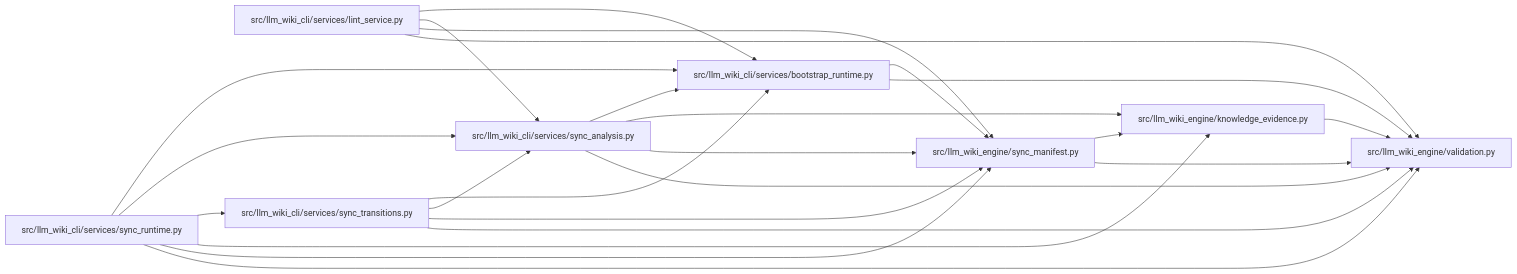
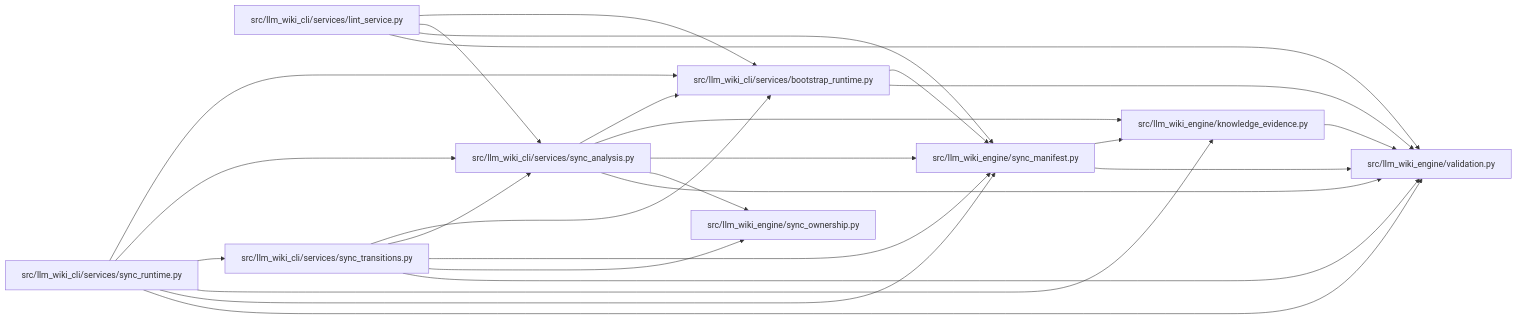
Before and after one commit to Denissvgn/python-wiki-llm: the diagram in docs/llm_wiki/modules/sync_analysis.md, drawn with Mermaid. The commit also changed other lines of this file and 648 other files, not shown here.

Commit message:
docs: refresh the wiki for the engine task contract and search

````diff
--- a/docs/llm_wiki/modules/sync_analysis.md
+++ b/docs/llm_wiki/modules/sync_analysis.md
@@ -26,42 +27,46 @@
 ```mermaid
 flowchart LR
     n0["src/llm_wiki_cli/services/bootstrap_runtime.py"]
     n1["src/llm_wiki_cli/services/lint_service.py"]
     n2["src/llm_wiki_cli/services/sync_analysis.py"]
     n3["src/llm_wiki_cli/services/sync_runtime.py"]
     n4["src/llm_wiki_cli/services/sync_transitions.py"]
     n5["src/llm_wiki_engine/knowledge_evidence.py"]
     n6["src/llm_wiki_engine/sync_manifest.py"]
-    n7["src/llm_wiki_engine/validation.py"]
+    n7["src/llm_wiki_engine/sync_ownership.py"]
+    n8["src/llm_wiki_engine/validation.py"]
     n0 --> n6
-    n0 --> n7
+    n0 --> n8
     n1 --> n0
     n1 --> n2
     n1 --> n6
-    n1 --> n7
+    n1 --> n8
     n2 --> n0
     n2 --> n5
     n2 --> n6
     n2 --> n7
+    n2 --> n8
     n3 --> n0
     n3 --> n2
     n3 --> n4
     n3 --> n5
     n3 --> n6
-    n3 --> n7
+    n3 --> n8
     n4 --> n0
     n4 --> n2
     n4 --> n6
     n4 --> n7
-    n5 --> n7
+    n4 --> n8
+    n5 --> n8
     n6 --> n5
-    n6 --> n7
+    n6 --> n8
     click n0 "../modules/bootstrap_runtime.md"
     click n1 "../modules/lint_service.md"
     click n2 "../modules/sync_analysis.md"
     click n3 "../modules/sync_runtime.md"
     click n4 "../modules/sync_transitions.md"
     click n5 "../modules/knowledge_evidence.md"
     click n6 "../modules/sync_manifest.md"
-    click n7 "../modules/validation.md"
+    click n7 "../modules/sync_ownership.md"
+    click n8 "../modules/validation.md"
 ```
````
